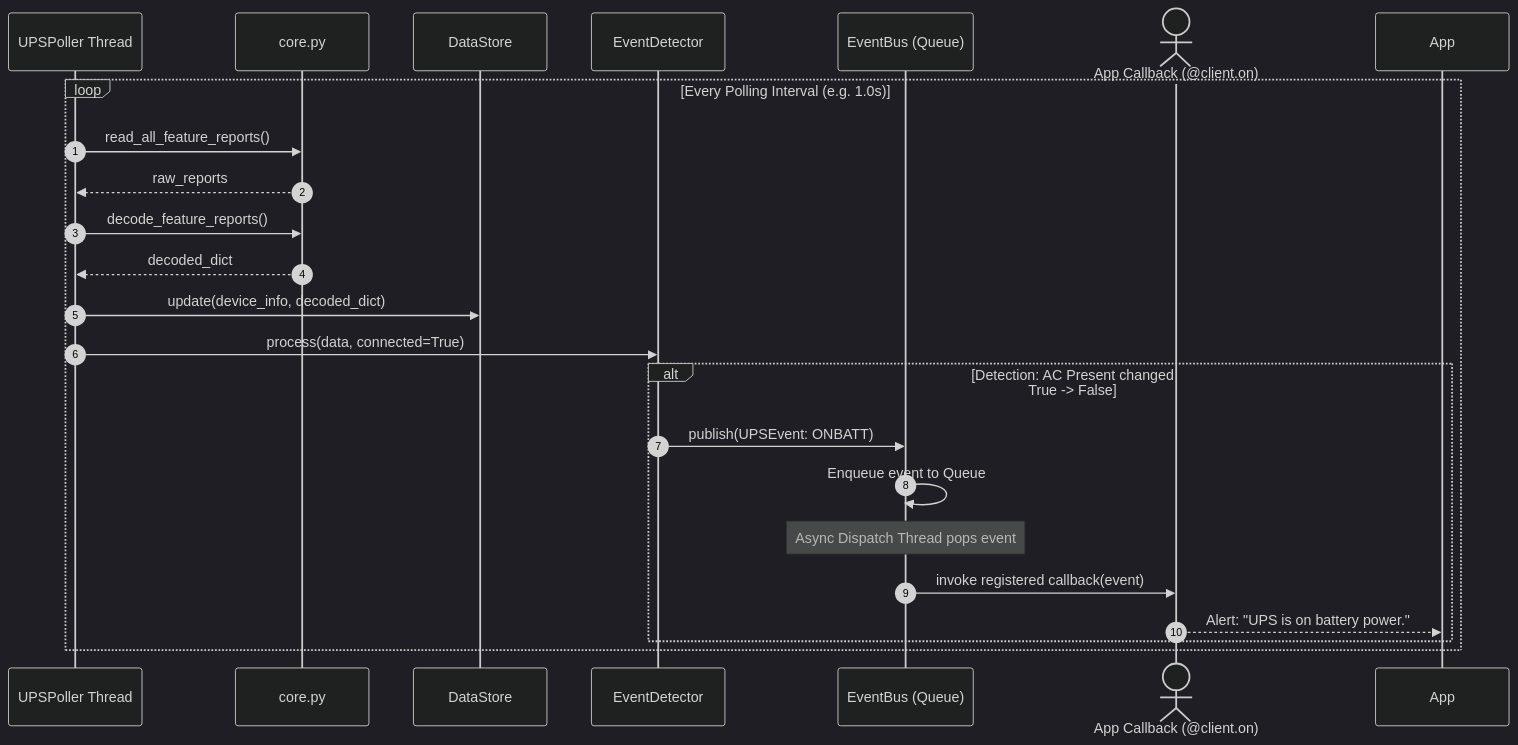
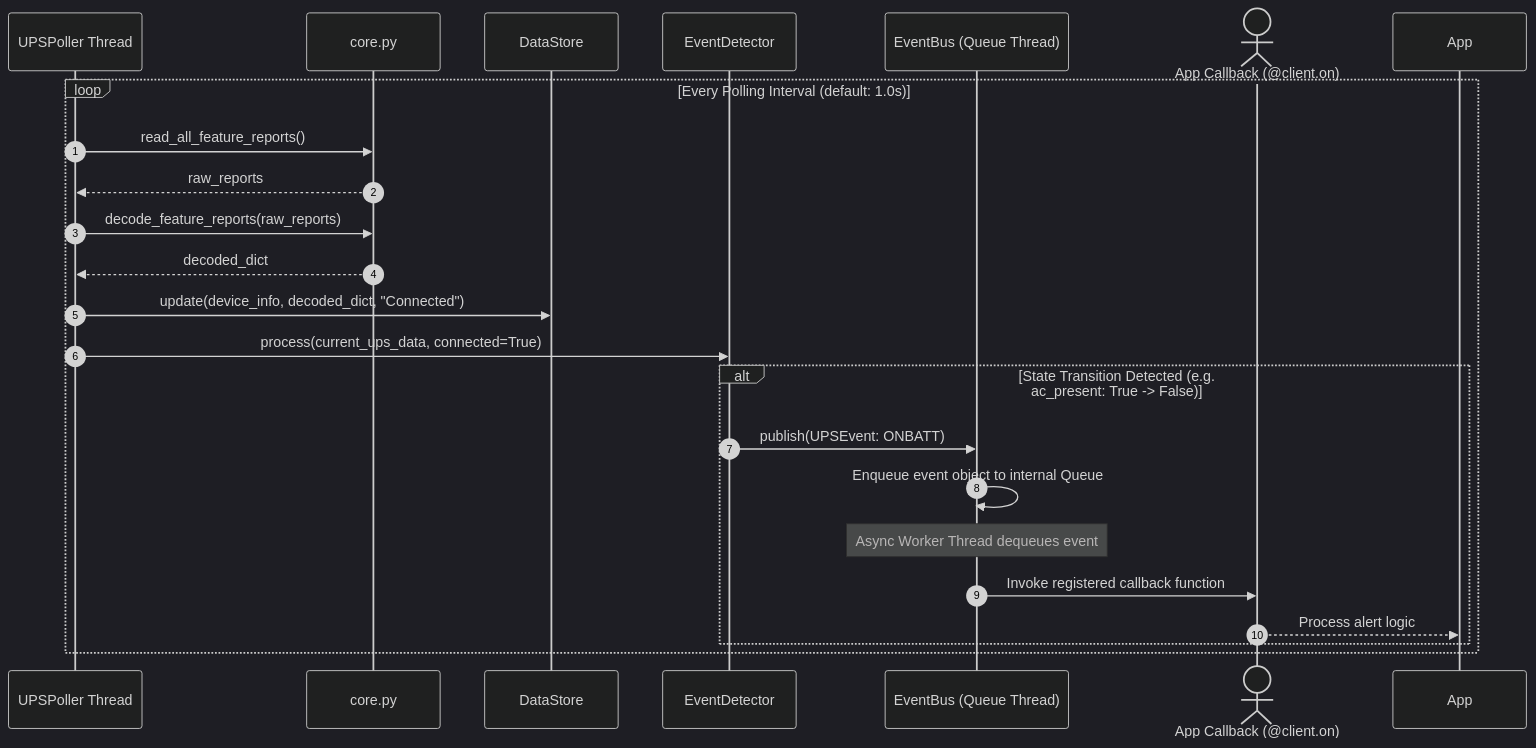
Before and after one commit to JackPoramet/ups-hid: the fourth of 4 diagrams in linux/ups_module/DOCUMENTATION.md, drawn with Mermaid (dark theme). The commit also changed other lines of this file and 2 other files, not shown here.

Commit message:
feat: add documentation and metadata for Phoenixtec Innova Unity UPS device support

````diff
--- a/linux/ups_module/DOCUMENTATION.md
+++ b/linux/ups_module/DOCUMENTATION.md
@@ -229,27 +445,27 @@
 ```mermaid
 sequenceDiagram
     autonumber
     participant Poller as UPSPoller Thread
     participant Core as core.py
     participant Store as DataStore
     participant Detector as EventDetector
-    participant Bus as EventBus (Queue)
+    participant Bus as EventBus (Queue Thread)
     actor Handler as App Callback (@client.on)
 
-    loop Every Polling Interval (e.g. 1.0s)
+    loop Every Polling Interval (default: 1.0s)
         Poller->>Core: read_all_feature_reports()
         Core-->>Poller: raw_reports
-        Poller->>Core: decode_feature_reports()
+        Poller->>Core: decode_feature_reports(raw_reports)
         Core-->>Poller: decoded_dict
-        Poller->>Store: update(device_info, decoded_dict)
-        Poller->>Detector: process(data, connected=True)
+        Poller->>Store: update(device_info, decoded_dict, "Connected")
+        Poller->>Detector: process(current_ups_data, connected=True)
         
-        alt Detection: AC Present changed True -> False
+        alt State Transition Detected (e.g. ac_present: True -> False)
             Detector->>Bus: publish(UPSEvent: ONBATT)
-            Bus->>Bus: Enqueue event to Queue
-            Note over Bus: Async Dispatch Thread pops event
-            Bus->>Handler: invoke registered callback(event)
-            Handler-->>App: Alert: "UPS is on battery power."
+            Bus->>Bus: Enqueue event object to internal Queue
+            Note over Bus: Async Worker Thread dequeues event
+            Bus->>Handler: Invoke registered callback function
+            Handler-->>App: Process alert logic
         end
     end
 ```
````
